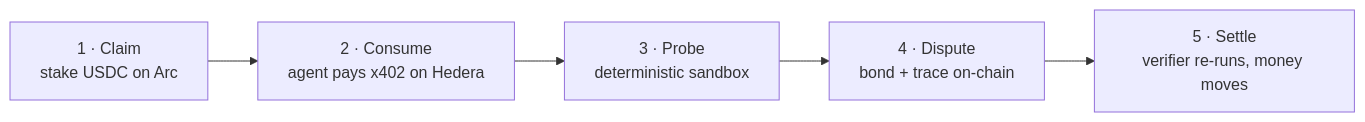
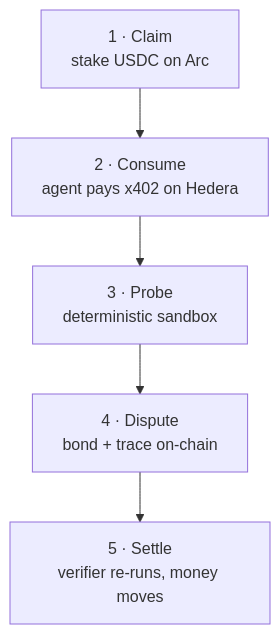
Before and after one commit to sm-xd/sigil: the diagram in docs/how-it-works.mdx, drawn with Mermaid.

Commit message:
docs: lay the lifecycle diagram out top-to-bottom so its labels render at readable size
Claude-Session: https://claude.ai/code/session_01WJeCd1ha58gm7eA9LPYWHe

````diff
--- a/docs/how-it-works.mdx
+++ b/docs/how-it-works.mdx
@@ -8,7 +8,7 @@
 ```mermaid
-flowchart LR
+flowchart TB
   A["1 · Claim<br/>stake USDC on Arc"] --> B["2 · Consume<br/>agent pays x402 on Hedera"]
   B --> C["3 · Probe<br/>deterministic sandbox"]
   C --> D["4 · Dispute<br/>bond + trace on-chain"]
   D --> E["5 · Settle<br/>verifier re-runs, money moves"]
 ```
````
